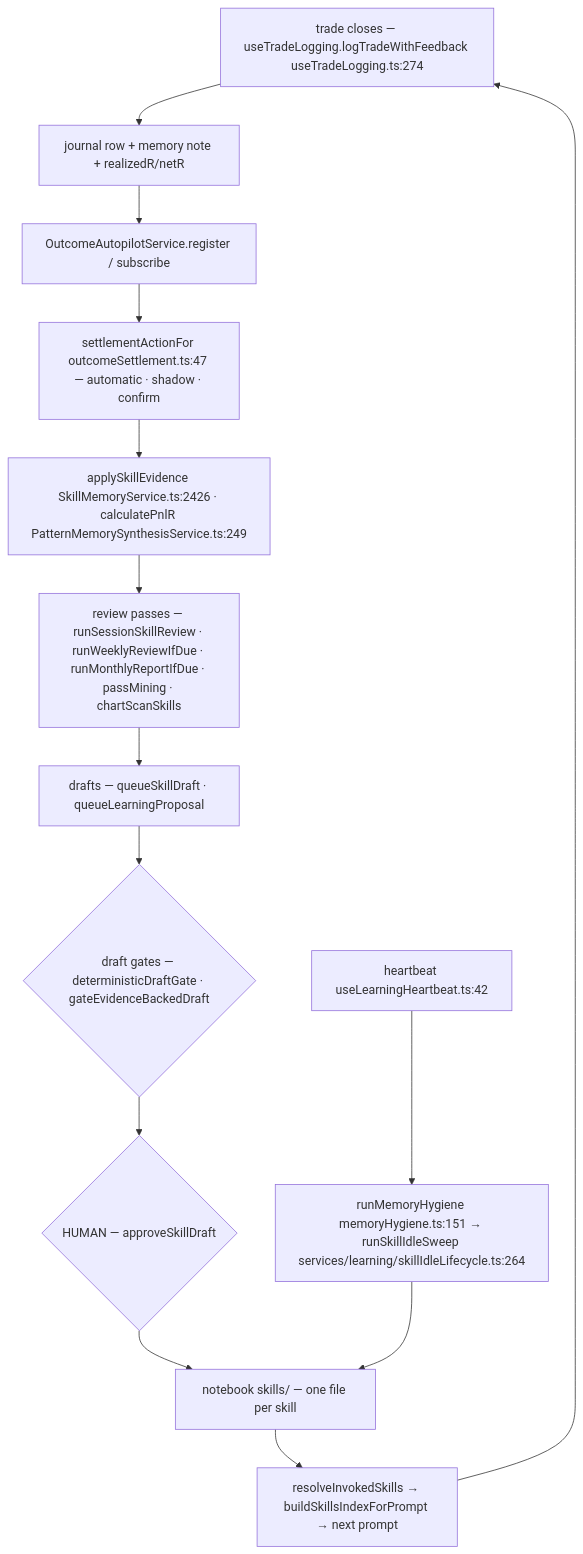
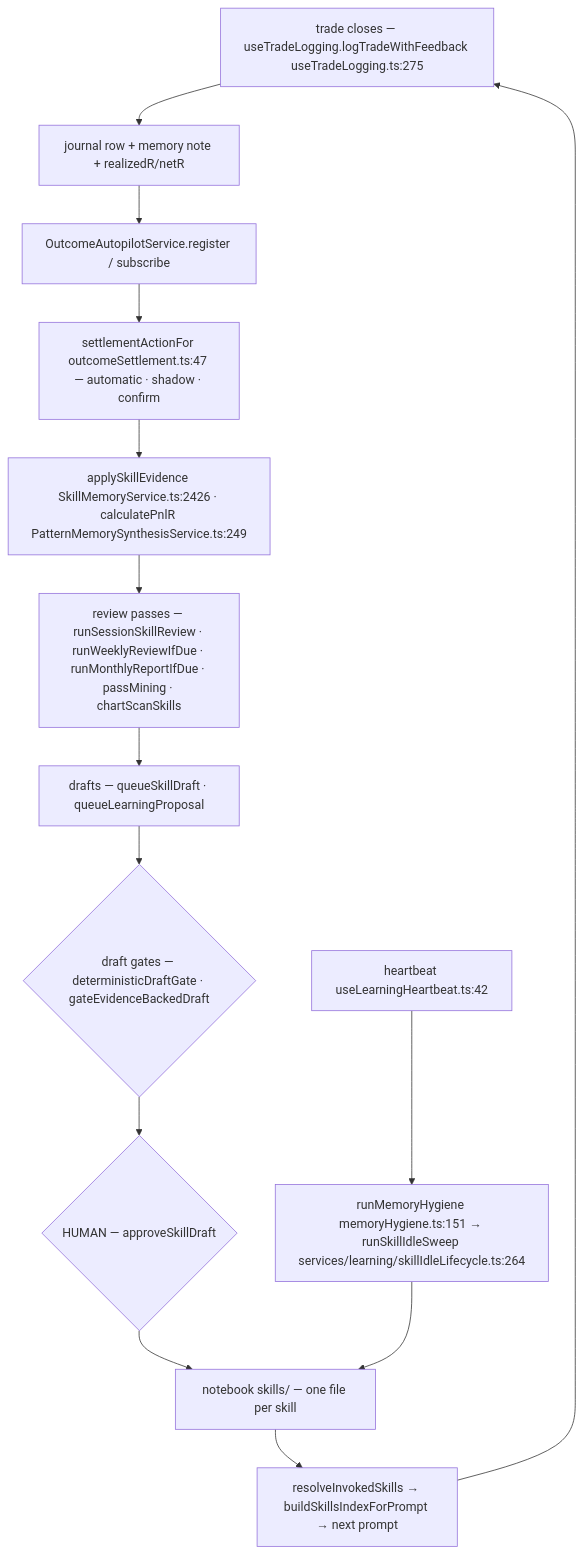
The eighth of 8 diagrams in docs/app-flow.md (Acepay25/august-3.5), drawn with Mermaid before and after one commit. The commit also changed other lines of this file and 2 other files, not shown here.

````diff
--- a/docs/app-flow.md
+++ b/docs/app-flow.md
@@ -1010,16 +1010,16 @@
 ```mermaid
 flowchart TD
-    T["trade closes — useTradeLogging.logTradeWithFeedback useTradeLogging.ts:274"] --> J["journal row + memory note + realizedR/netR"]
+    T["trade closes — useTradeLogging.logTradeWithFeedback useTradeLogging.ts:275"] --> J["journal row + memory note + realizedR/netR"]
     J --> A["OutcomeAutopilotService.register / subscribe"]
     A --> S["settlementActionFor outcomeSettlement.ts:47 — automatic · shadow · confirm"]
     S --> E["applySkillEvidence SkillMemoryService.ts:2426 · calculatePnlR PatternMemorySynthesisService.ts:249"]
     E --> R["review passes — runSessionSkillReview · runWeeklyReviewIfDue · runMonthlyReportIfDue · passMining · chartScanSkills"]
     R --> D["drafts — queueSkillDraft · queueLearningProposal"]
     D --> G{"draft gates — deterministicDraftGate · gateEvidenceBackedDraft"}
     G --> H{"HUMAN — approveSkillDraft"}
     H --> N["notebook skills/ — one file per skill"]
     N --> I["resolveInvokedSkills → buildSkillsIndexForPrompt → next prompt"]
     I --> T
     X["heartbeat useLearningHeartbeat.ts:42"] --> Y["runMemoryHygiene memoryHygiene.ts:151 → runSkillIdleSweep services/learning/skillIdleLifecycle.ts:264"]
     Y --> N
 ```
````
